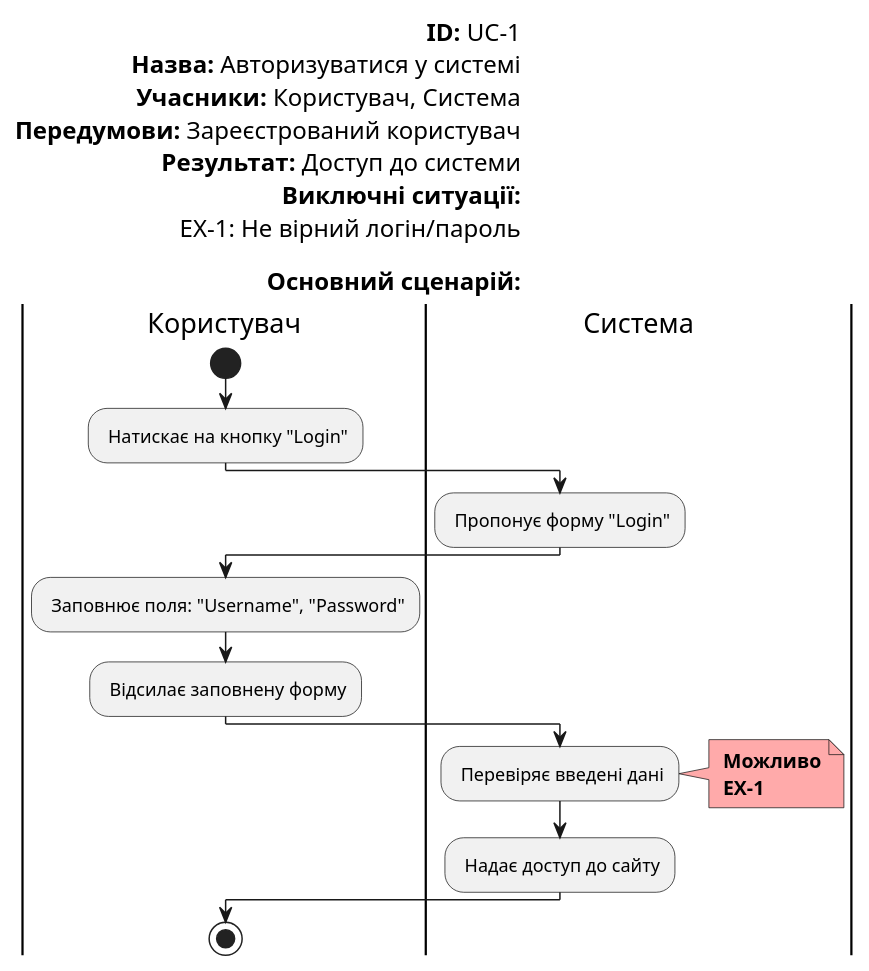
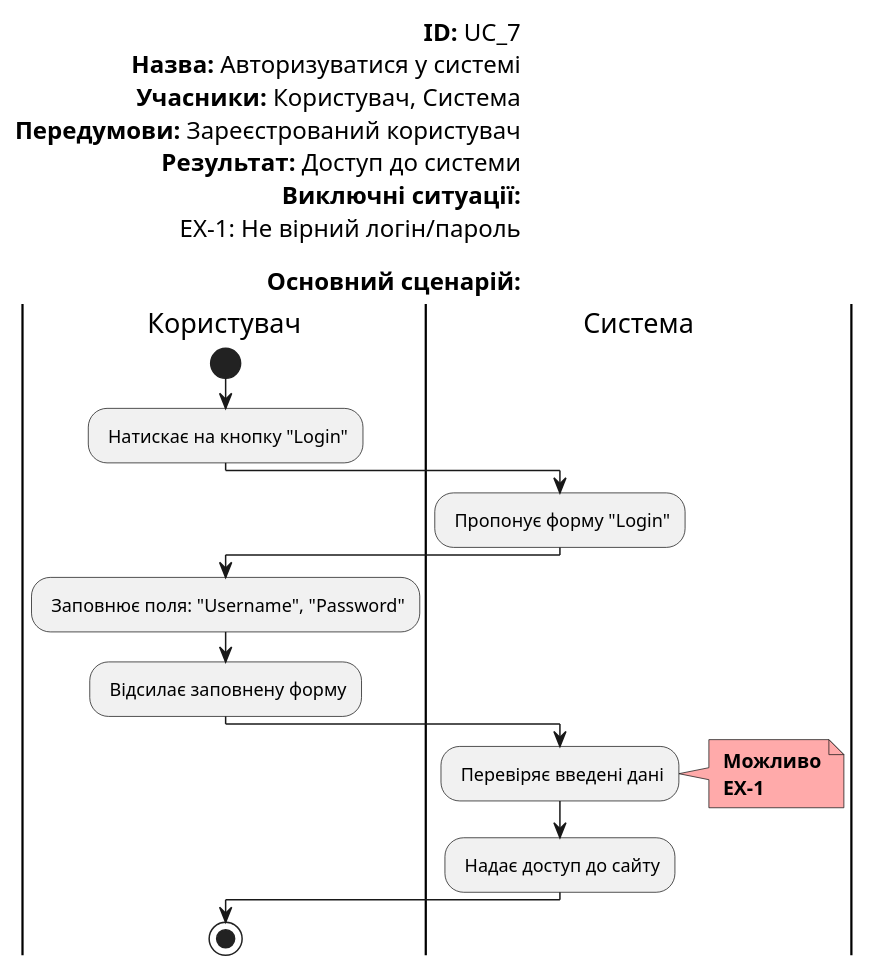
One commit to horidor/open-data-management-system changed the fifth of 6 diagrams in docs/use cases/README.md. Above: the diagram before and after it, drawn with PlantUML.

```diff
--- a/docs/use cases/README.md
+++ b/docs/use cases/README.md
@@ -135,32 +135,32 @@
 @startuml
 
     left header
-        <font color=000 size=16><b>ID:</b> UC-1
+        <font color=000 size=16><b>ID:</b> UC_7
         <font color=000 size=16><b>Назва:</b> Авторизуватися у системі
         <font color=000 size=16><b>Учасники:</b> Користувач, Система
         <font color=000 size=16><b>Передумови:</b> Зареєстрований користувач
         <font color=000 size=16><b>Результат:</b> Доступ до системи
         <font color=000 size=16><b>Виключні ситуації:</b>
         <font color=000 size=16>EX-1: Не вірний логін/пароль
         
         <font color=000 size=16><b>Основний сценарій:</b>
     end header
 
     |Користувач|
         start
         : Натискає на кнопку "Login";
     |Система|
         : Пропонує форму "Login";
     |Користувач|
         : Заповнює поля: "Username", "Password";
         : Відсилає заповнену форму;
     |Система|
         : Перевіряє введені дані;
         note right #ffaaaa
         <b> Можливо
         <b> EX-1
         end note
         : Надає доступ до сайту;
     |Користувач|
         stop;
 @enduml
```
